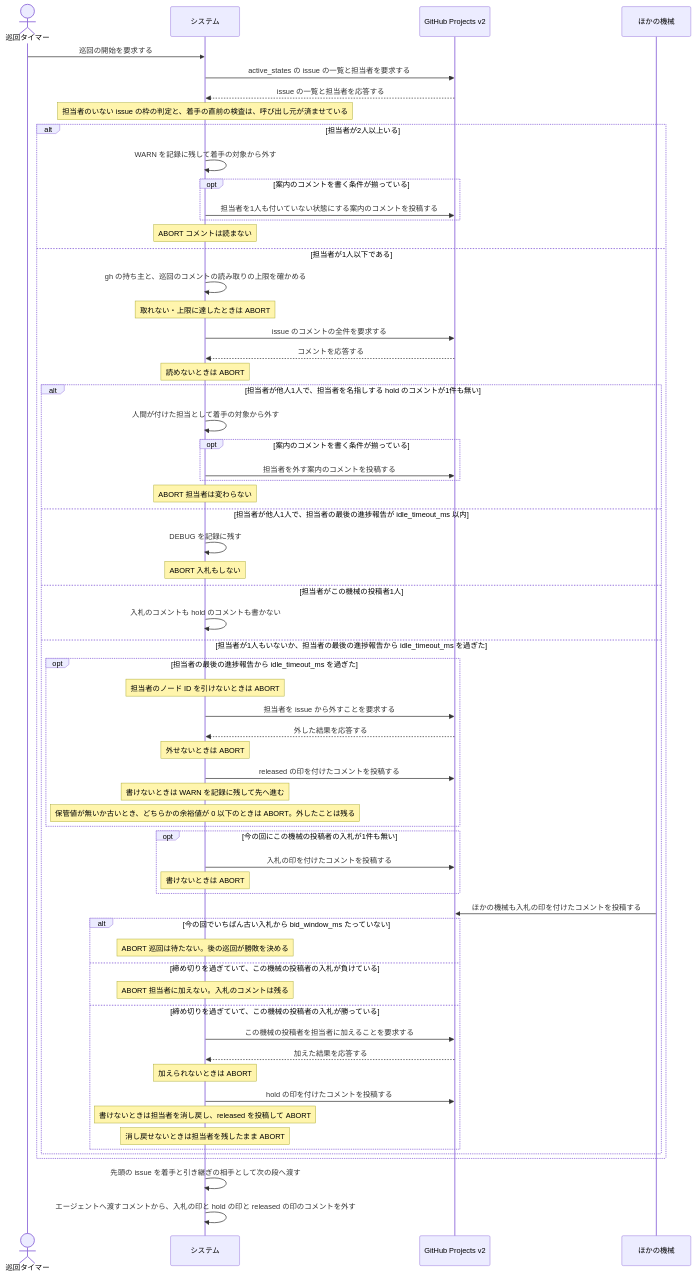
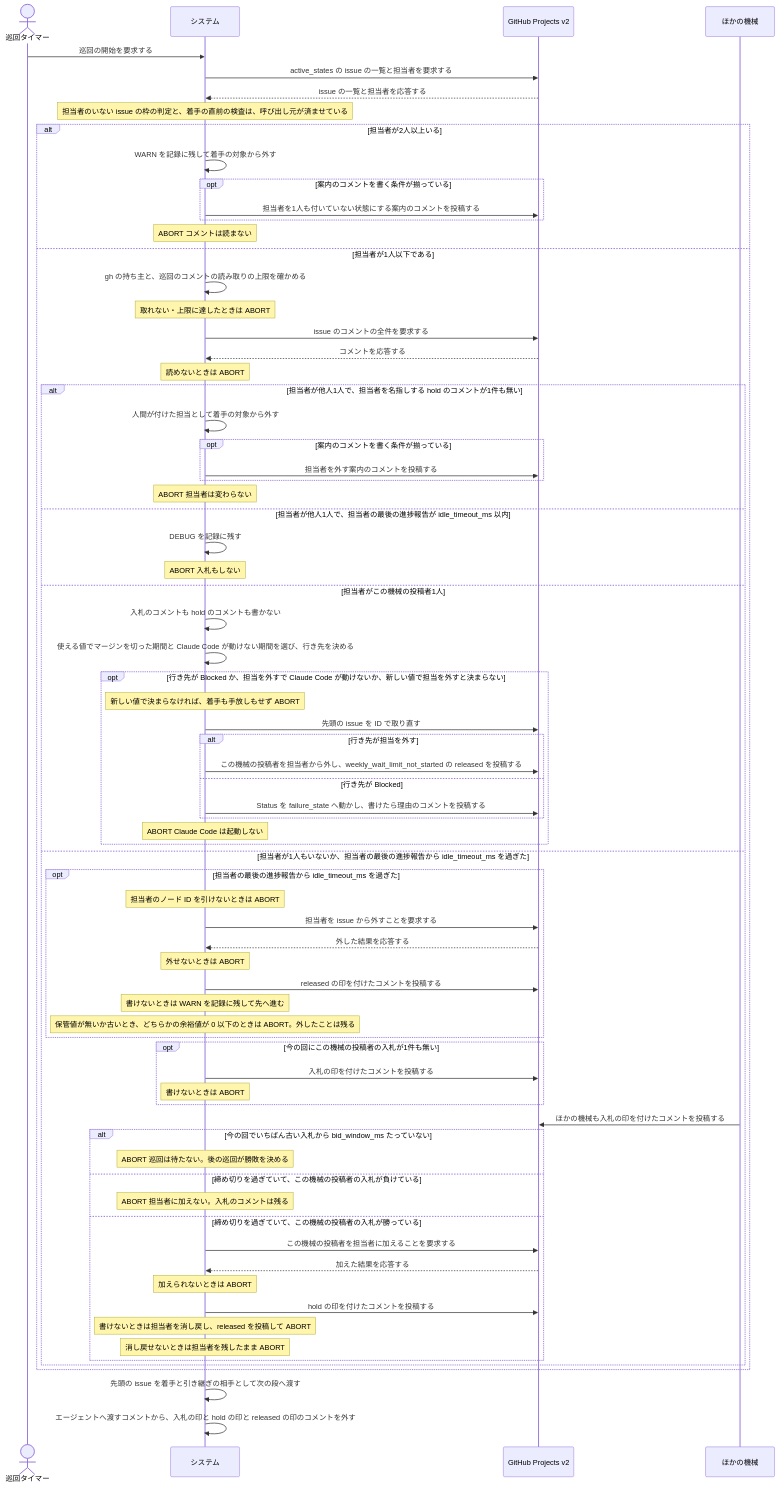
Before and after one commit to maimuzo/continuo: the second of 2 diagrams in docs/spec/usecases/particular_case/issueの担当を入札で決める.rucm.md, drawn with Mermaid. The commit also changed other lines of this file and 91 other files, not shown here.

Commit message:
レートリミットのマージンを切ったら走っている run を切り上げさせる 担当が自分の issue も着手の前にマージンを見て Blocked へ戻すか担当を外し ダッシュボードにレートリミットの区画を足して打ち切りの文面に使用率を載せる

````diff
--- a/docs/spec/usecases/particular_case/issueの担当を入札で決める.rucm.md
+++ b/docs/spec/usecases/particular_case/issueの担当を入札で決める.rucm.md
@@ -689,66 +749,77 @@
 ```mermaid
 sequenceDiagram
     actor T as 巡回タイマー
     participant S as システム
     participant GH as GitHub Projects v2
     participant M as ほかの機械
 
     T->>S: 巡回の開始を要求する
     S->>GH: active_states の issue の一覧と担当者を要求する
     GH-->>S: issue の一覧と担当者を応答する
     Note over S: 担当者のいない issue の枠の判定と、着手の直前の検査は、呼び出し元が済ませている
     alt 担当者が2人以上いる
         S->>S: WARN を記録に残して着手の対象から外す
         opt 案内のコメントを書く条件が揃っている
             S->>GH: 担当者を1人も付いていない状態にする案内のコメントを投稿する
         end
         Note over S: ABORT コメントは読まない
     else 担当者が1人以下である
         S->>S: gh の持ち主と、巡回のコメントの読み取りの上限を確かめる
         Note over S: 取れない・上限に達したときは ABORT
         S->>GH: issue のコメントの全件を要求する
         GH-->>S: コメントを応答する
         Note over S: 読めないときは ABORT
         alt 担当者が他人1人で、担当者を名指しする hold のコメントが1件も無い
             S->>S: 人間が付けた担当として着手の対象から外す
             opt 案内のコメントを書く条件が揃っている
                 S->>GH: 担当者を外す案内のコメントを投稿する
             end
             Note over S: ABORT 担当者は変わらない
         else 担当者が他人1人で、担当者の最後の進捗報告が idle_timeout_ms 以内
             S->>S: DEBUG を記録に残す
             Note over S: ABORT 入札もしない
         else 担当者がこの機械の投稿者1人
             S->>S: 入札のコメントも hold のコメントも書かない
+            S->>S: 使える値でマージンを切った期間と Claude Code が動けない期間を選び、行き先を決める
+            opt 行き先が Blocked か、担当を外すで Claude Code が動けないか、新しい値で担当を外すと決まらない
+                Note over S: 新しい値で決まらなければ、着手も手放しもせず ABORT
+                S->>GH: 先頭の issue を ID で取り直す
+                alt 行き先が担当を外す
+                    S->>GH: この機械の投稿者を担当者から外し、weekly_wait_limit_not_started の released を投稿する
+                else 行き先が Blocked
+                    S->>GH: Status を failure_state へ動かし、書けたら理由のコメントを投稿する
+                end
+                Note over S: ABORT Claude Code は起動しない
+            end
         else 担当者が1人もいないか、担当者の最後の進捗報告から idle_timeout_ms を過ぎた
             opt 担当者の最後の進捗報告から idle_timeout_ms を過ぎた
                 Note over S: 担当者のノード ID を引けないときは ABORT
                 S->>GH: 担当者を issue から外すことを要求する
                 GH-->>S: 外した結果を応答する
                 Note over S: 外せないときは ABORT
                 S->>GH: released の印を付けたコメントを投稿する
                 Note over S: 書けないときは WARN を記録に残して先へ進む
                 Note over S: 保管値が無いか古いとき、どちらかの余裕値が 0 以下のときは ABORT。外したことは残る
             end
             opt 今の回にこの機械の投稿者の入札が1件も無い
                 S->>GH: 入札の印を付けたコメントを投稿する
                 Note over S: 書けないときは ABORT
             end
             M->>GH: ほかの機械も入札の印を付けたコメントを投稿する
             alt 今の回でいちばん古い入札から bid_window_ms たっていない
                 Note over S: ABORT 巡回は待たない。後の巡回が勝敗を決める
             else 締め切りを過ぎていて、この機械の投稿者の入札が負けている
                 Note over S: ABORT 担当者に加えない。入札のコメントは残る
             else 締め切りを過ぎていて、この機械の投稿者の入札が勝っている
                 S->>GH: この機械の投稿者を担当者に加えることを要求する
                 GH-->>S: 加えた結果を応答する
                 Note over S: 加えられないときは ABORT
                 S->>GH: hold の印を付けたコメントを投稿する
                 Note over S: 書けないときは担当者を消し戻し、released を投稿して ABORT
                 Note over S: 消し戻せないときは担当者を残したまま ABORT
             end
         end
     end
     S->>S: 先頭の issue を着手と引き継ぎの相手として次の段へ渡す
     S->>S: エージェントへ渡すコメントから、入札の印と hold の印と released の印のコメントを外す
 ```
````
